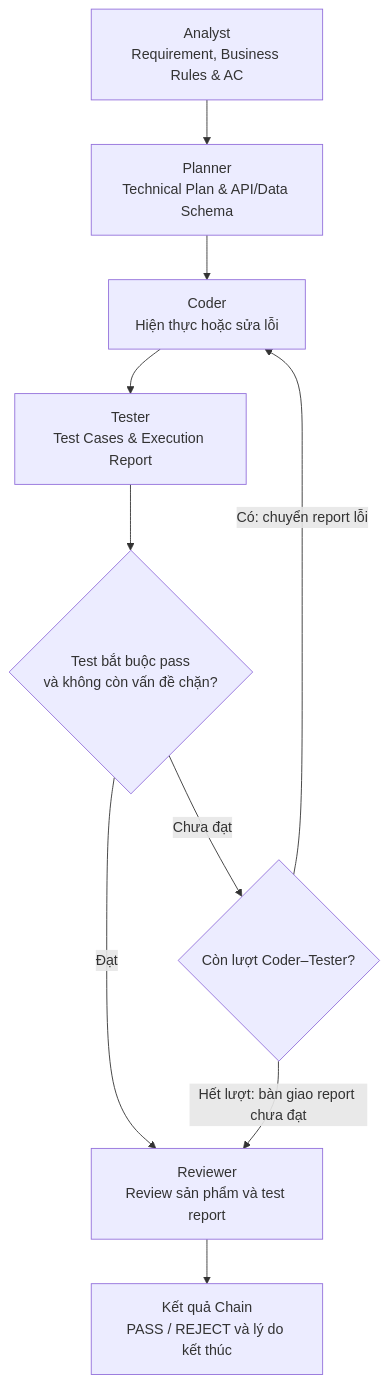
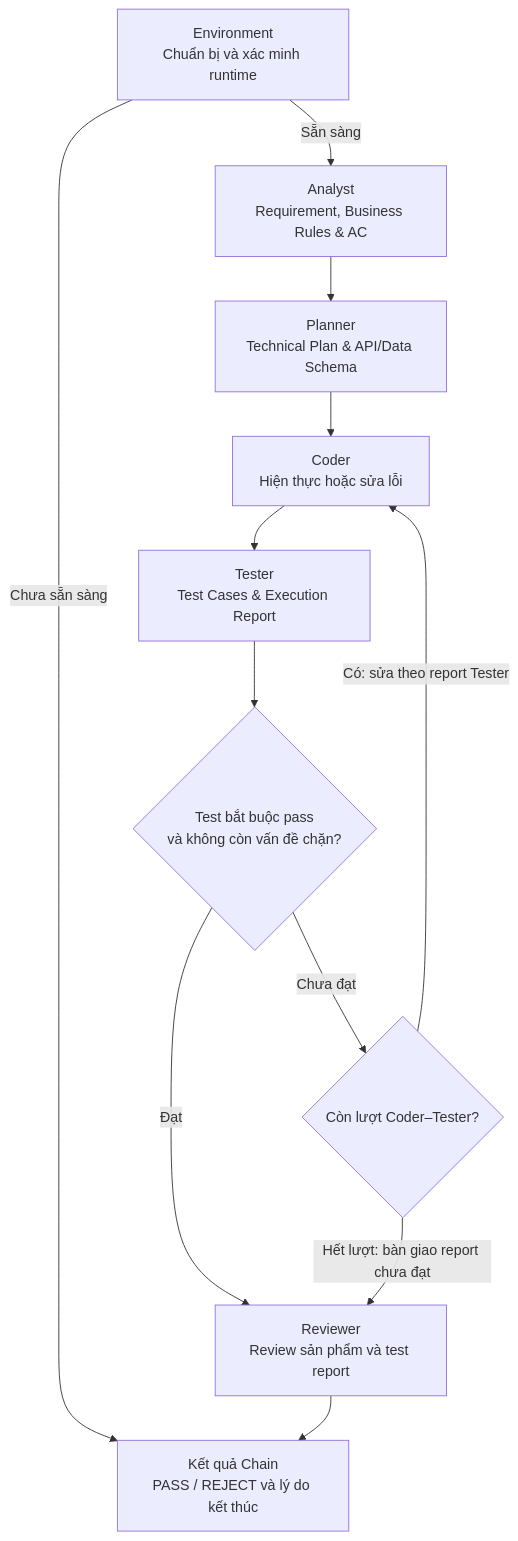
One commit to phuvi301/RAAC-Stage2 changed the first of 2 diagrams in src/raac/collaboration/levels/l3_collaboration/l3_topologies.md. Above: the diagram before and after it, drawn with Mermaid. The commit also changed other lines of this file and 67 other files, not shown here.

````diff
--- a/src/raac/collaboration/levels/l3_collaboration/l3_topologies.md
+++ b/src/raac/collaboration/levels/l3_collaboration/l3_topologies.md
@@ -22,18 +22,22 @@
 ```mermaid
 flowchart TD
     analyst["Analyst<br/>Requirement, Business Rules & AC"]
     planner["Planner<br/>Technical Plan & API/Data Schema"]
+    environment["Environment<br/>Chuẩn bị và xác minh runtime"]
     coder["Coder<br/>Hiện thực hoặc sửa lỗi"]
     tester["Tester<br/>Test Cases & Execution Report"]
     check{"Test bắt buộc pass<br/>và không còn vấn đề chặn?"}
     limit{"Còn lượt Coder–Tester?"}
     reviewer["Reviewer<br/>Review sản phẩm và test report"]
     result["Kết quả Chain<br/>PASS / REJECT và lý do kết thúc"]
 
-    analyst --> planner --> coder --> tester --> check
+    environment -->|Sẵn sàng| analyst --> planner --> coder
+    coder --> tester
+    environment -->|Chưa sẵn sàng| result
+    tester --> check
     check -->|Đạt| reviewer
     check -->|Chưa đạt| limit
-    limit -->|Có: chuyển report lỗi| coder
+    limit -->|Có: sửa theo report Tester| coder
     limit -->|Hết lượt: bàn giao report chưa đạt| reviewer
     reviewer --> result
 ```
````
